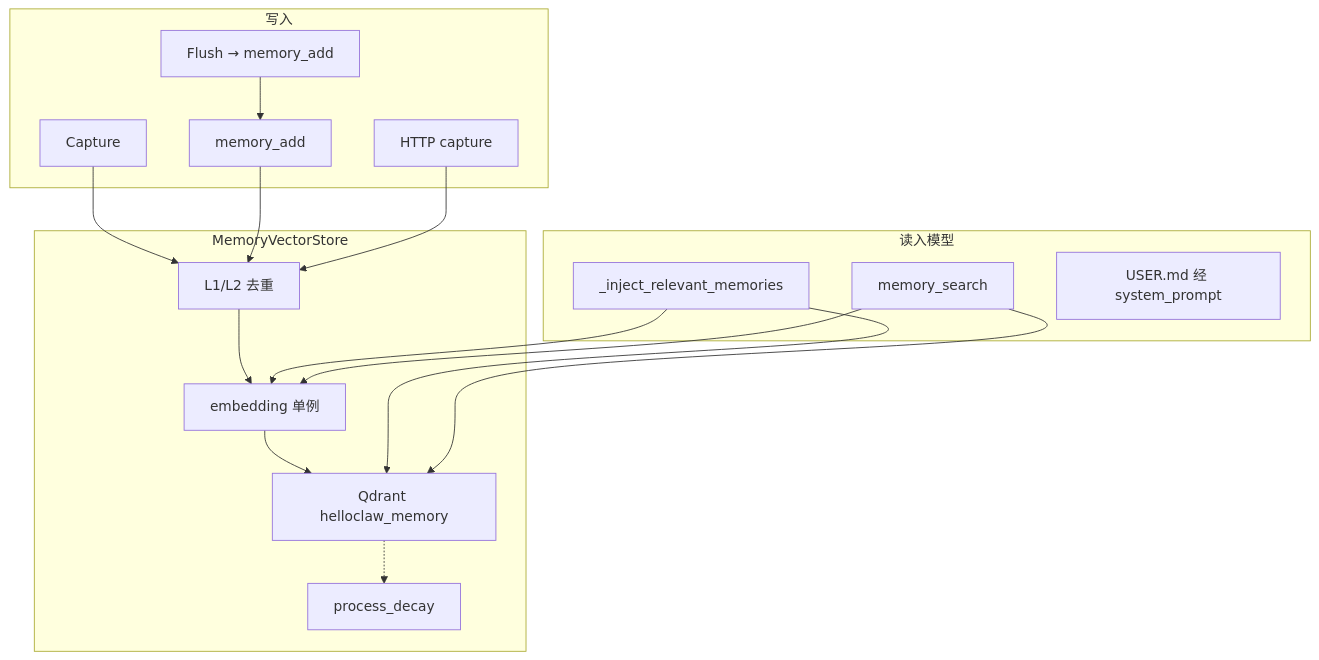
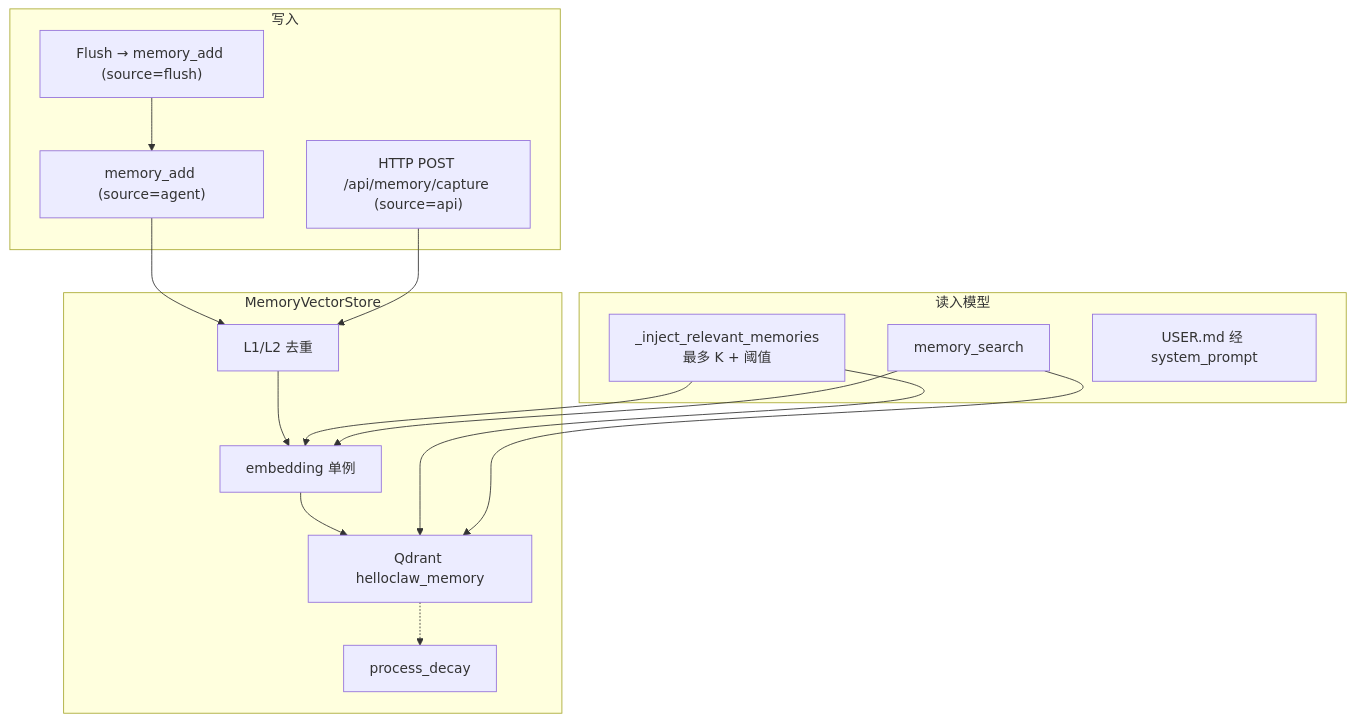
The fourth of 6 diagrams in docs/MyClaw实现详解/MyClaw_Memory实现文档.md (promisestar/MyClaw), drawn with Mermaid before and after one commit. The commit also changed other lines of this file and 15 other files, not shown here.

````diff
--- a/docs/MyClaw实现详解/MyClaw_Memory实现文档.md
+++ b/docs/MyClaw实现详解/MyClaw_Memory实现文档.md
@@ -230,33 +240,31 @@
 ```mermaid
 flowchart TB
     subgraph Store["MemoryVectorStore"]
         EMB["embedding 单例"]
         QD["Qdrant helloclaw_memory"]
         DEDUPE["L1/L2 去重"]
         DECAY["process_decay"]
     end
 
     subgraph Write["写入"]
-        CAP["Capture"]
-        AGT["memory_add"]
-        FLUSH["Flush → memory_add"]
-        API["HTTP capture"]
+        AGT["memory_add (source=agent)"]
+        FLUSH["Flush → memory_add (source=flush)"]
+        API["HTTP POST /api/memory/capture (source=api)"]
     end
 
     subgraph Read["读入模型"]
-        AUTO["_inject_relevant_memories"]
+        AUTO["_inject_relevant_memories<br/>最多 K + 阈值"]
         TOOL["memory_search"]
         USER["USER.md 经 system_prompt"]
     end
 
-    CAP --> DEDUPE
     AGT --> DEDUPE
     FLUSH --> AGT
     API --> DEDUPE
     DEDUPE --> EMB --> QD
     AUTO --> EMB
     TOOL --> EMB
     AUTO --> QD
     TOOL --> QD
     QD -.-> DECAY
 ```
````
